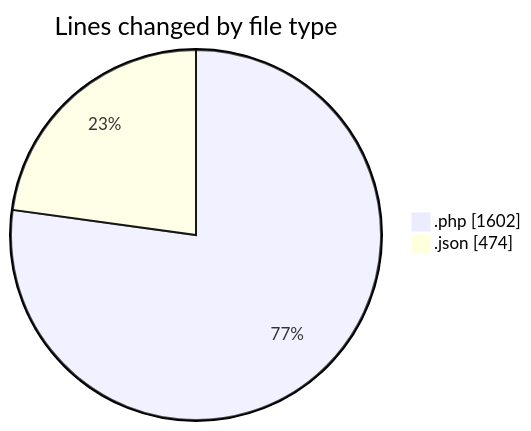
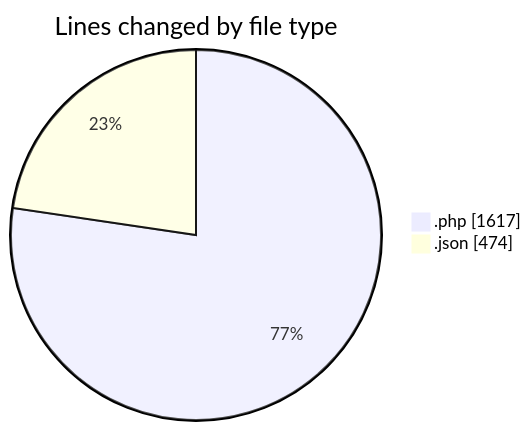
The first of 2 diagrams in 2025-06-02/studio-backend/README.md (idhammustaqopulfikri/code-tracking), drawn with Mermaid before and after one commit. The commit also changed other lines of this file and 1 other file, not shown here.

````diff
--- a/2025-06-02/studio-backend/README.md
+++ b/2025-06-02/studio-backend/README.md
@@ -38,6 +38,6 @@
 ```mermaid
 pie showData
 title Lines changed by file type
-".php" : 1602
+".php" : 1617
 ".json" : 474
 ```
````
